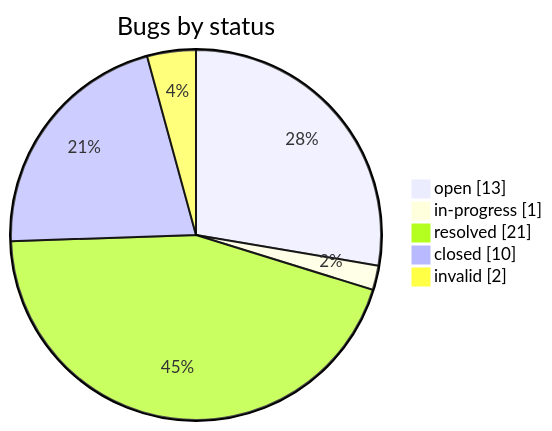
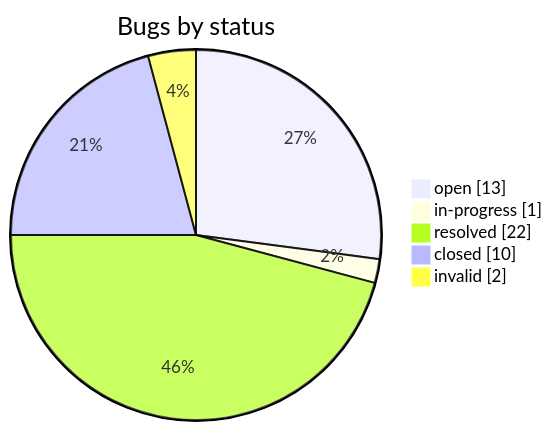
The second of 2 diagrams in STATUS.md (iammaxsu/automatic-testing-architecture), drawn with Mermaid before and after one commit. The commit also changed other lines of this file and 4 other files, not shown here.

````diff
--- a/STATUS.md
+++ b/STATUS.md
@@ -165,8 +165,8 @@
 ```mermaid
 pie showData title Bugs by status
     "open" : 13
     "in-progress" : 1
-    "resolved" : 21
+    "resolved" : 22
     "closed" : 10
     "invalid" : 2
 ```
````
